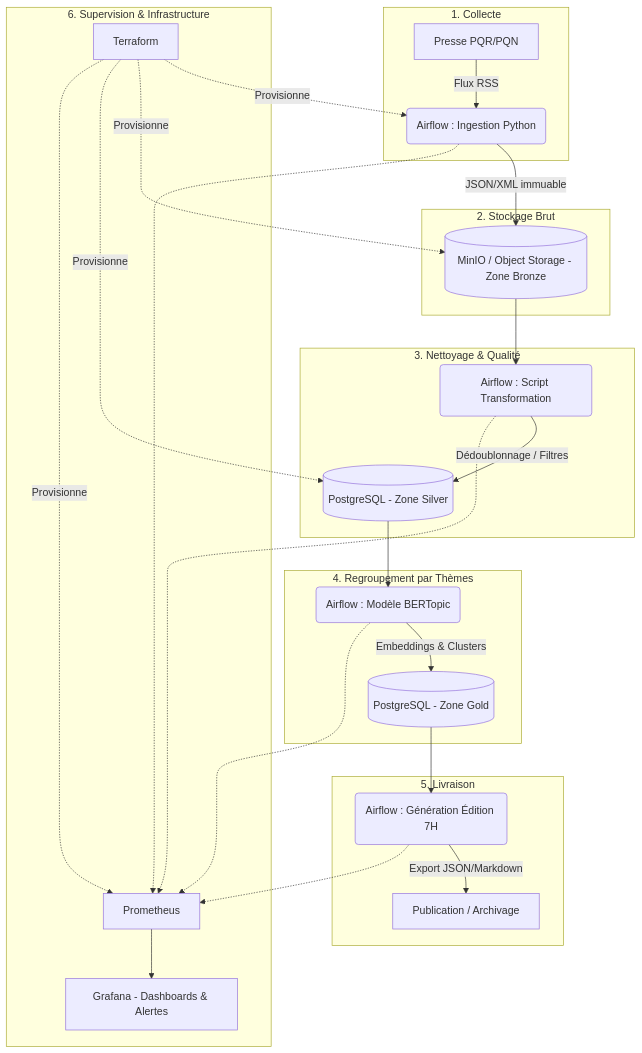
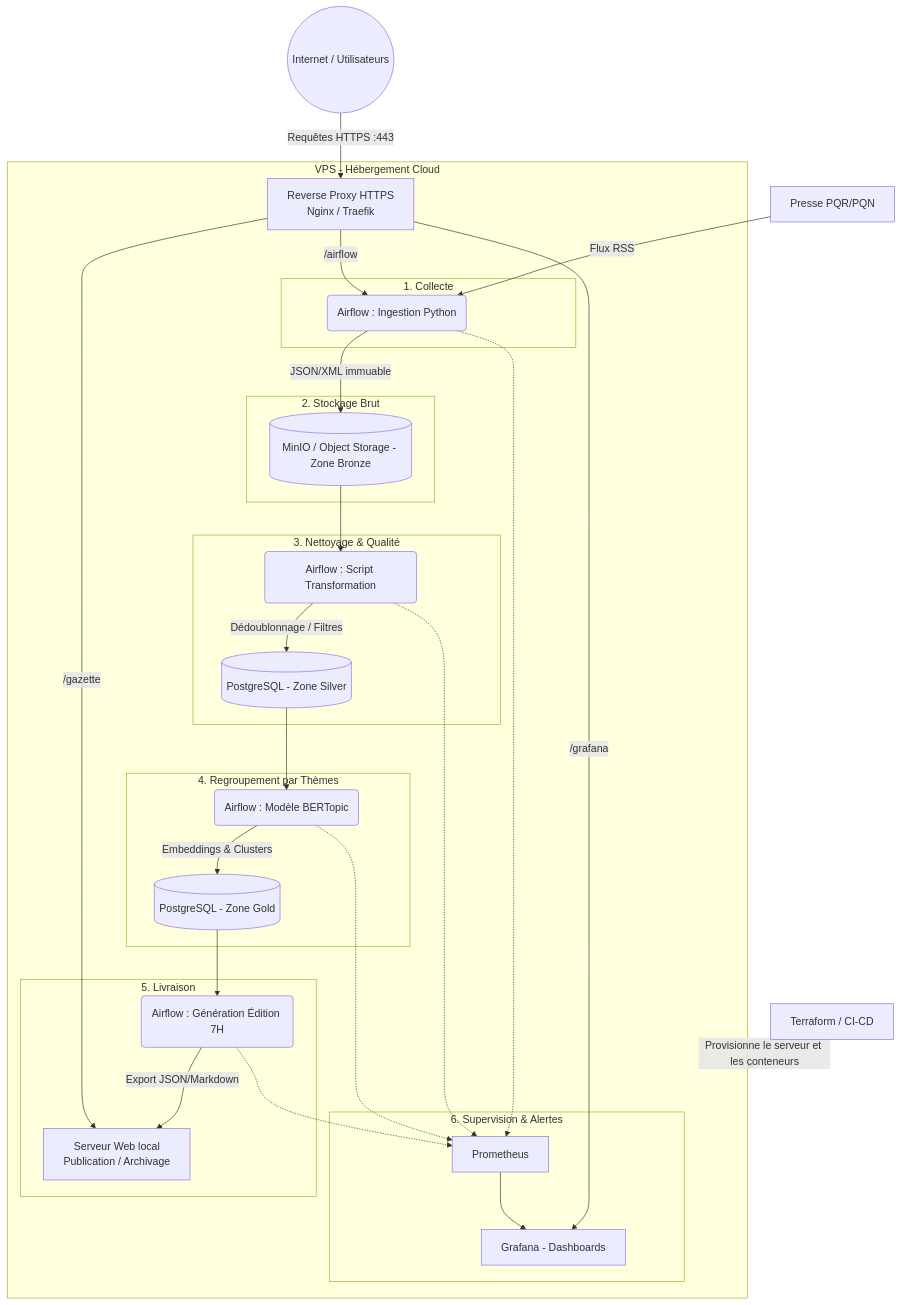
The diagram in docs/cadrage.md (entiteco/M2OPS_KVZI), drawn with Mermaid before and after one commit. The commit also changed 2 other files, not shown here.

Commit message:
Update cadrage.md + architecture.md

````diff
--- a/docs/cadrage.md
+++ b/docs/cadrage.md
@@ -91,38 +91,51 @@
 ```mermaid
 graph TD
-    subgraph 1. Collecte
-        A[Presse PQR/PQN] -->|Flux RSS| B(Airflow : Ingestion Python)
-    end
+    %% Entités Externes
+    Internet((Internet / Utilisateurs))
+    Presse[Presse PQR/PQN]
+    InfraCode[Terraform / CI-CD]
 
-    subgraph 2. Stockage Brut
-        B -->|JSON/XML immuable| C[(MinIO / Object Storage - Zone Bronze)]
-    end
+    Internet -->|Requêtes HTTPS :443| Proxy
+    Presse -->|Flux RSS| B
+    InfraCode -.->|Provisionne le serveur et les conteneurs| VPS
 
-    subgraph 3. Nettoyage & Qualité
-        C --> D(Airflow : Script Transformation)
-        D -->|Dédoublonnage / Filtres| E[(PostgreSQL - Zone Silver)]
-    end
+    subgraph VPS [VPS - Hébergement Cloud]
+        Proxy[Reverse Proxy HTTPS<br>Nginx / Traefik]
 
-    subgraph 4. Regroupement par Thèmes
-        E --> F(Airflow : Modèle BERTopic)
-        F -->|Embeddings & Clusters| G[(PostgreSQL - Zone Gold)]
-    end
+        subgraph 1. Collecte
+            B(Airflow : Ingestion Python)
+        end
 
-    subgraph 5. Livraison
-        G --> H(Airflow : Génération Édition 7H)
-        H -->|Export JSON/Markdown| I[Publication / Archivage]
-    end
+        subgraph 2. Stockage Brut
+            B -->|JSON/XML immuable| C[(MinIO / Object Storage - Zone Bronze)]
+        end
 
-    subgraph 6. Supervision & Infrastructure
-        B -.-> J[Prometheus]
-        D -.-> J
-        F -.-> J
-        H -.-> J
-        J --> K[Grafana - Dashboards & Alertes]
-      
-        L[Terraform] -.->|Provisionne| B
-        L -.->|Provisionne| C
-        L -.->|Provisionne| E
-        L -.->|Provisionne| J
+        subgraph 3. Nettoyage & Qualité
+            C --> D(Airflow : Script Transformation)
+            D -->|Dédoublonnage / Filtres| E[(PostgreSQL - Zone Silver)]
+        end
+
+        subgraph 4. Regroupement par Thèmes
+            E --> F(Airflow : Modèle BERTopic)
+            F -->|Embeddings & Clusters| G[(PostgreSQL - Zone Gold)]
+        end
+
+        subgraph 5. Livraison
+            G --> H(Airflow : Génération Édition 7H)
+            H -->|Export JSON/Markdown| I[Serveur Web local<br>Publication / Archivage]
+        end
+
+        subgraph 6. Supervision & Alertes
+            B -.-> J[Prometheus]
+            D -.-> J
+            F -.-> J
+            H -.-> J
+            J --> K[Grafana - Dashboards]
+        end
+
+        %% Routage interne depuis le Reverse Proxy vers les services exposés
+        Proxy -->|/gazette| I
+        Proxy -->|/airflow| B
+        Proxy -->|/grafana| K
     end
 ```
````
